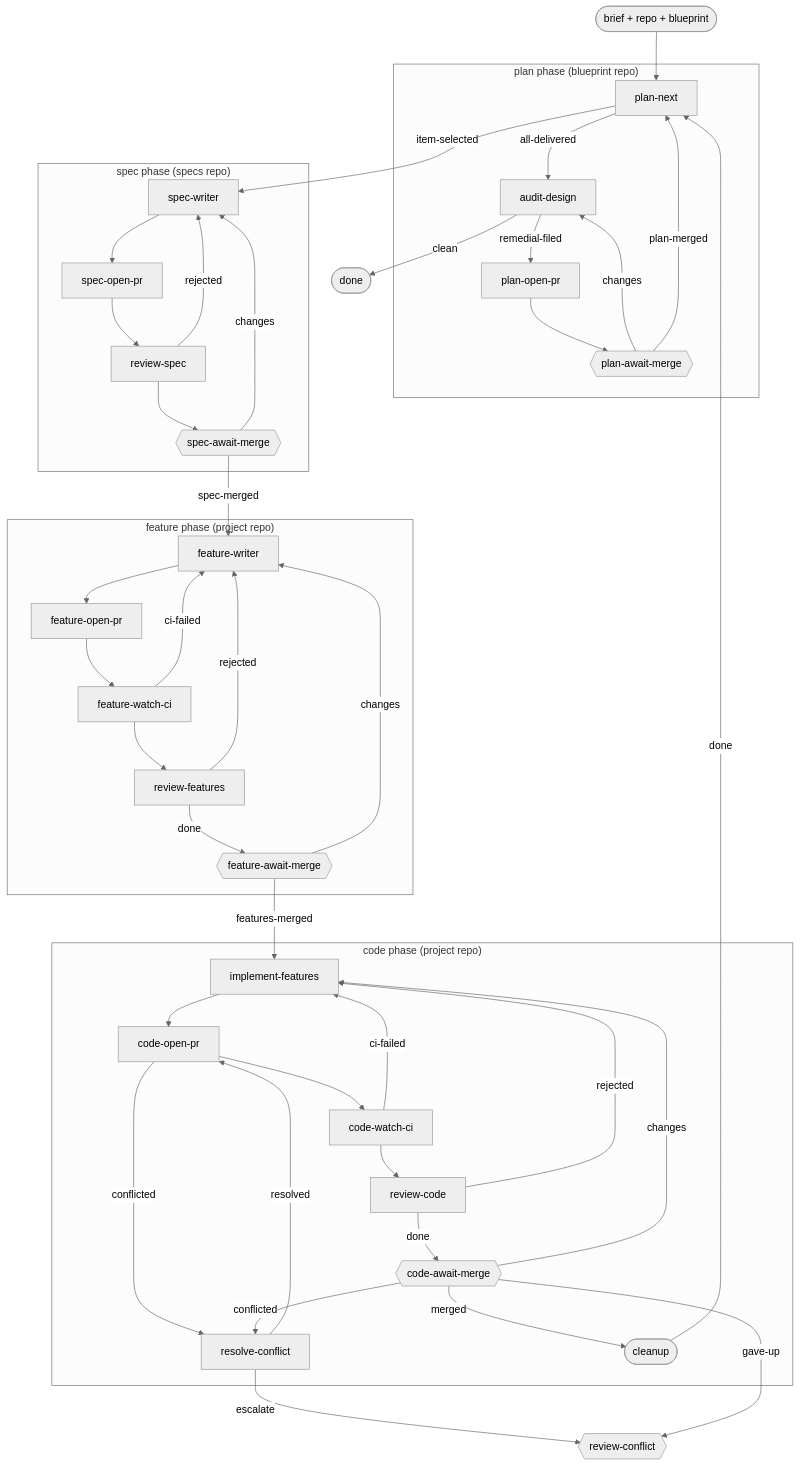
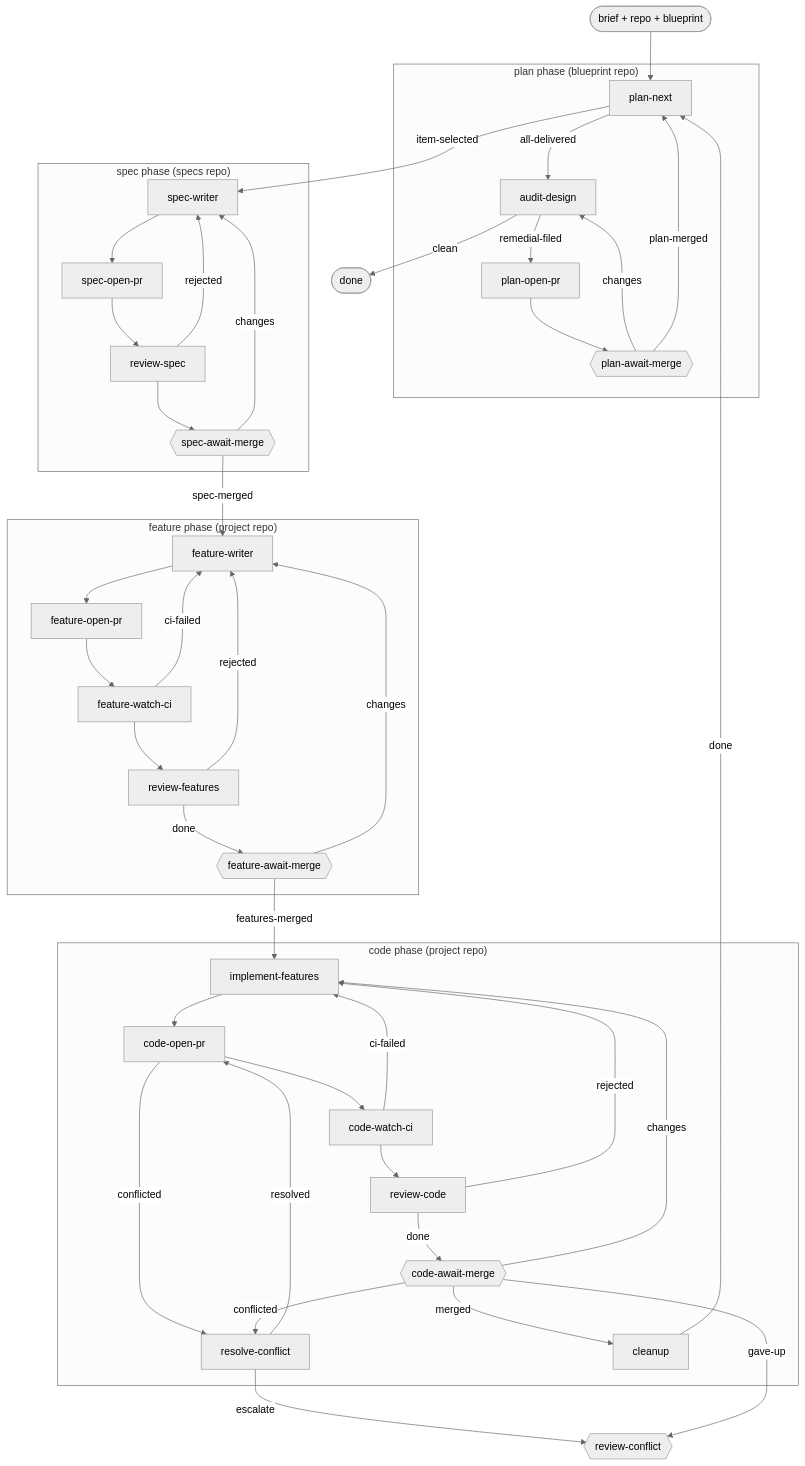
One commit to kenmclennan/flynns-workflows changed the diagram in docs/blueprint-delivery.md. Above: the diagram before and after it, drawn with Mermaid (neutral theme). The commit also changed other lines of this file and 1 other file, not shown here.

Commit message:
feat(blueprint-delivery): cleanup is an agent step
Cleanup surfaced in the human inbox after every pass and asked nothing of the
human - tear down three worktrees, forward a note, loop. No decision in it,
so it should not cost an operator a context switch.

The step body already claimed like an agent and already ran its git work from
CODE_PATH rather than from inside the worktree it removes; it only lacked the
frontmatter that makes it one.

Pairs with kenmclennan/lightcycle-workflows#53, which converts the built-in
cleanup - that one closes the item and had to gain the worktree guard this
step already had.

````diff
--- a/docs/blueprint-delivery.md
+++ b/docs/blueprint-delivery.md
@@ -17,41 +17,41 @@
 ```mermaid
 flowchart TD
     brief(["brief + repo + blueprint"]) --> PN
     PN -->|item-selected| SW["spec-writer"]
     subgraph S ["spec phase (specs repo)"]
         SW --> SOP["spec-open-pr"] --> RS["review-spec"] --> SAM{{"spec-await-merge"}}
         RS -->|rejected| SW
         SAM -->|changes| SW
     end
     SAM -->|spec-merged| FW["feature-writer"]
     subgraph F ["feature phase (project repo)"]
         FW --> FOP["feature-open-pr"] --> FCI["feature-watch-ci"] --> RF["review-features"]
         FCI -->|ci-failed| FW
         RF -->|rejected| FW
         RF -->|done| FAM{{"feature-await-merge"}}
         FAM -->|changes| FW
     end
     FAM -->|features-merged| IF["implement-features"]
     subgraph C ["code phase (project repo)"]
         IF --> COP["code-open-pr"] --> WCI["code-watch-ci"] --> RC["review-code"]
         WCI -->|ci-failed| IF
         RC -->|rejected| IF
         RC -->|done| CAM{{"code-await-merge"}}
         CAM -->|changes| IF
         COP -->|conflicted| RCF["resolve-conflict"]
         CAM -->|conflicted| RCF
         RCF -->|resolved| COP
-        CAM -->|merged| CU(["cleanup"])
+        CAM -->|merged| CU["cleanup"]
     end
     RCF -->|escalate| RCON{{"review-conflict"}}
     CAM -->|gave-up| RCON
     CU -->|done| PN
     subgraph P ["plan phase (blueprint repo)"]
         PN["plan-next"]
         PN -->|all-delivered| AD["audit-design"]
         AD -->|remedial-filed| POP["plan-open-pr"] --> PAM{{"plan-await-merge"}}
         PAM -->|changes| AD
     end
     PAM -->|plan-merged| PN
     AD -->|clean| DONE(["done"])
 ```
````
